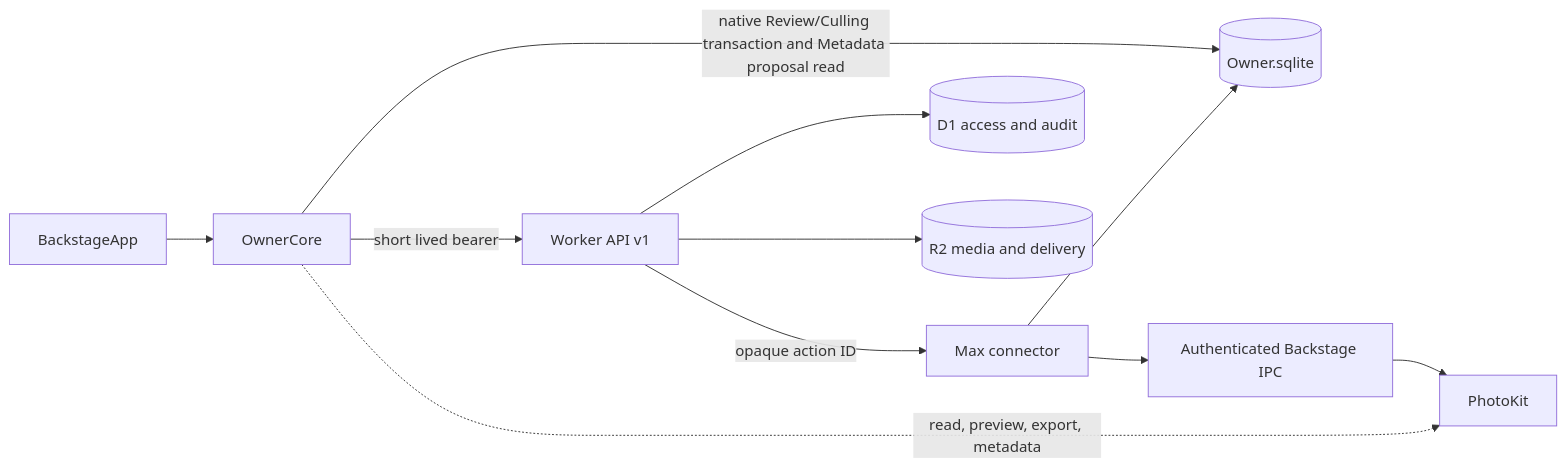
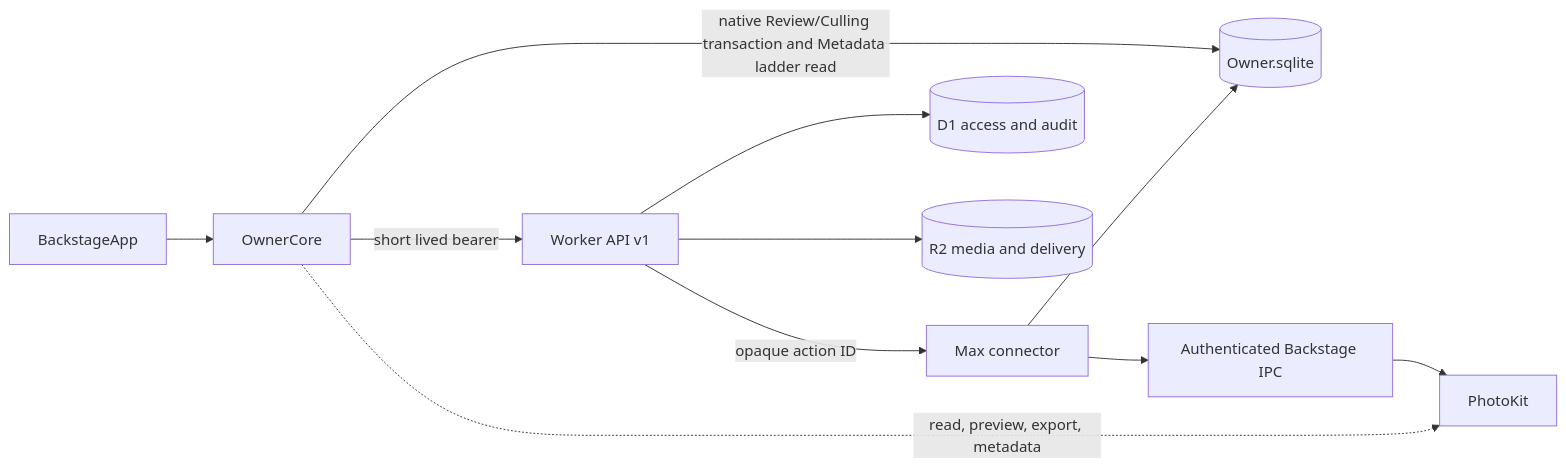
One commit to ec92009/PhotosByElie changed the diagram in docs/architecture/backstage-native.md. Above: the diagram before and after it, drawn with Mermaid. The commit also changed other lines of this file and 10 other files, not shown here.

Commit message:
photosbyelie: remove duplicate metadata proposal review

````diff
--- a/docs/architecture/backstage-native.md
+++ b/docs/architecture/backstage-native.md
@@ -122,13 +123,13 @@
 ```mermaid
 flowchart LR
   UI["BackstageApp"] --> Core["OwnerCore"]
-  Core -->|native Review/Culling transaction and Metadata proposal read| DB[("Owner.sqlite")]
+  Core -->|native Review/Culling transaction and Metadata ladder read| DB[("Owner.sqlite")]
   Core -->|short lived bearer| Worker["Worker API v1"]
   Worker -->|opaque action ID| Connector["Max connector"]
   Connector --> DB[("Owner.sqlite")]
   Connector --> BackstageIPC["Authenticated Backstage IPC"]
   BackstageIPC --> PhotoKit["PhotoKit"]
   Worker --> D1[("D1 access and audit")]
   Worker --> R2[("R2 media and delivery")]
   Core -. read, preview, export, metadata .-> PhotoKit
 ```
````
